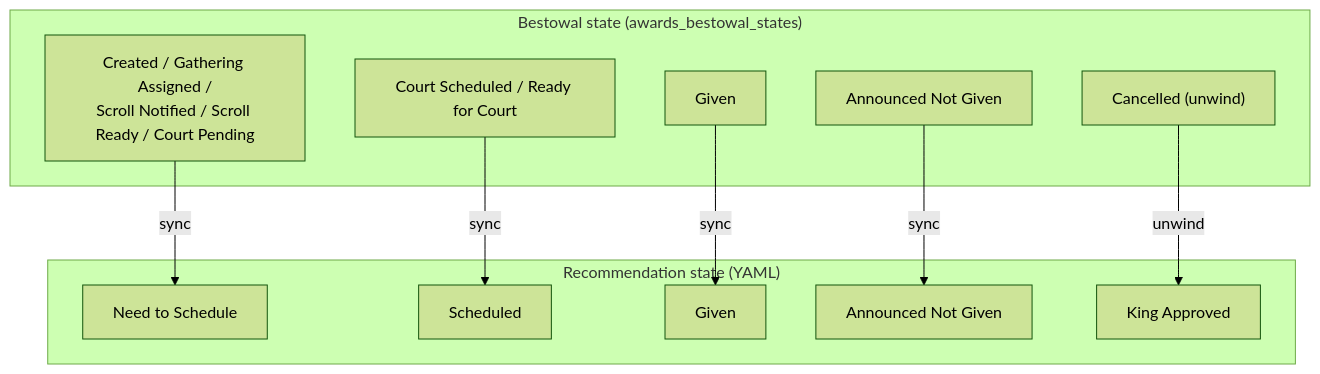
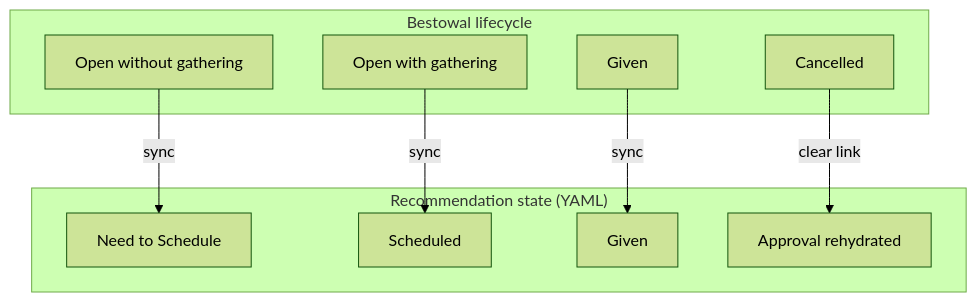
One commit to Ansteorra/KMP changed the third of 3 diagrams in app/docs/awards-recommendation-approvals-redesign.md. Above: the diagram before and after it, drawn with Mermaid (forest theme). The commit also changed other lines of this file and 20 other files, not shown here.

Commit message:
fix(awards): enforce recommendation terminal lifecycle

````diff
--- a/app/docs/awards-recommendation-approvals-redesign.md
+++ b/app/docs/awards-recommendation-approvals-redesign.md
@@ -167,24 +162,21 @@
 ```mermaid
 flowchart TD
-    subgraph BestowalStates["Bestowal state (awards_bestowal_states)"]
-        bs1["Created / Gathering Assigned /<br/>Scroll Notified / Scroll Ready / Court Pending"]
-        bs2["Court Scheduled / Ready for Court"]
+    subgraph BestowalStates["Bestowal lifecycle"]
+        bs1["Open without gathering"]
+        bs2["Open with gathering"]
         bs3["Given"]
-        bs4["Announced Not Given"]
-        bs5["Cancelled (unwind)"]
+        bs4["Cancelled"]
     end
 
     subgraph RecStates["Recommendation state (YAML)"]
         rs1["Need to Schedule"]
         rs2["Scheduled"]
         rs3["Given"]
-        rs4["Announced Not Given"]
-        rs5["King Approved"]
+        rs4["Approval rehydrated"]
     end
 
     bs1 -- sync --> rs1
     bs2 -- sync --> rs2
     bs3 -- sync --> rs3
-    bs4 -- sync --> rs4
-    bs5 -- unwind --> rs5
+    bs4 -- clear link --> rs4
 ```
````
